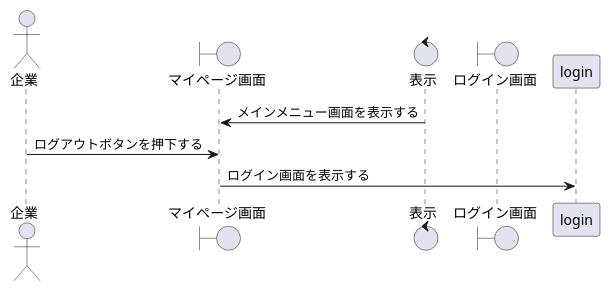
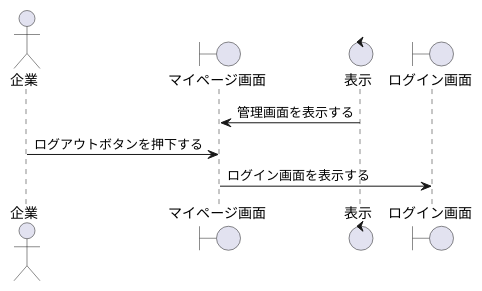
The diagram in sequence_fig/1_login_fn/5_企業のアカウントでログアウトする.pu (irukacb256/high_Me), drawn with PlantUML before and after one commit. The commit also changed 3 other files, not shown here.

```diff
--- a/sequence_fig/1_login_fn/5_企業のアカウントでログアウトする.pu
+++ b/sequence_fig/1_login_fn/5_企業のアカウントでログアウトする.pu
@@ -1,14 +1,14 @@
 @startuml 企業アカウントログアウト
 
 ' モノ
 actor 企業 as cp1
 boundary マイページ画面 as mp1
 control 表示 as co1
 boundary ログイン画面 as log
 
 ' 流れ
-co1 -> mp1 : メインメニュー画面を表示する
+co1 -> mp1 : 管理画面を表示する
 cp1 -> mp1 : ログアウトボタンを押下する
-mp1 -> login : ログイン画面を表示する
+mp1 -> log : ログイン画面を表示する
 
 @enduml
```
